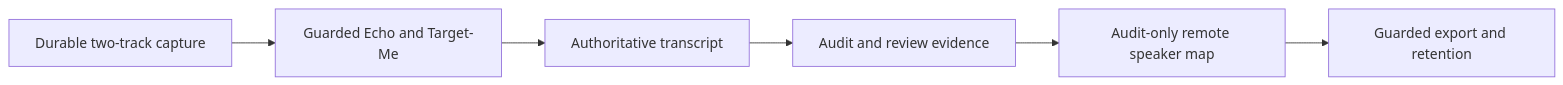
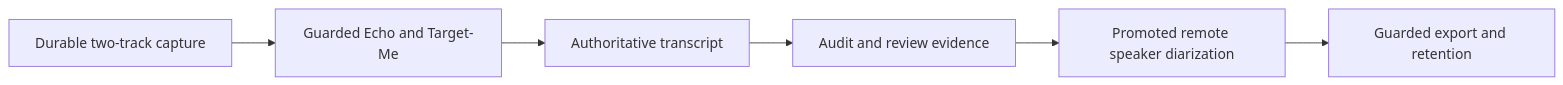
Before and after one commit to asukhodko/murmurmark: the first of 2 diagrams in docs/roadmap/murmurmark-cli-roadmap.md, drawn with Mermaid. The commit also changed other lines of this file and 19 other files, not shown here.

````diff
--- a/docs/roadmap/murmurmark-cli-roadmap.md
+++ b/docs/roadmap/murmurmark-cli-roadmap.md
@@ -44,11 +44,11 @@
 ```mermaid
 flowchart LR
     C["Durable two-track capture"]
     E["Guarded Echo and Target-Me"]
     T["Authoritative transcript"]
     A["Audit and review evidence"]
-    S["Audit-only remote speaker map"]
+    S["Promoted remote speaker diarization"]
     X["Guarded export and retention"]
 
     C --> E --> T --> A --> S --> X
 ```
````
